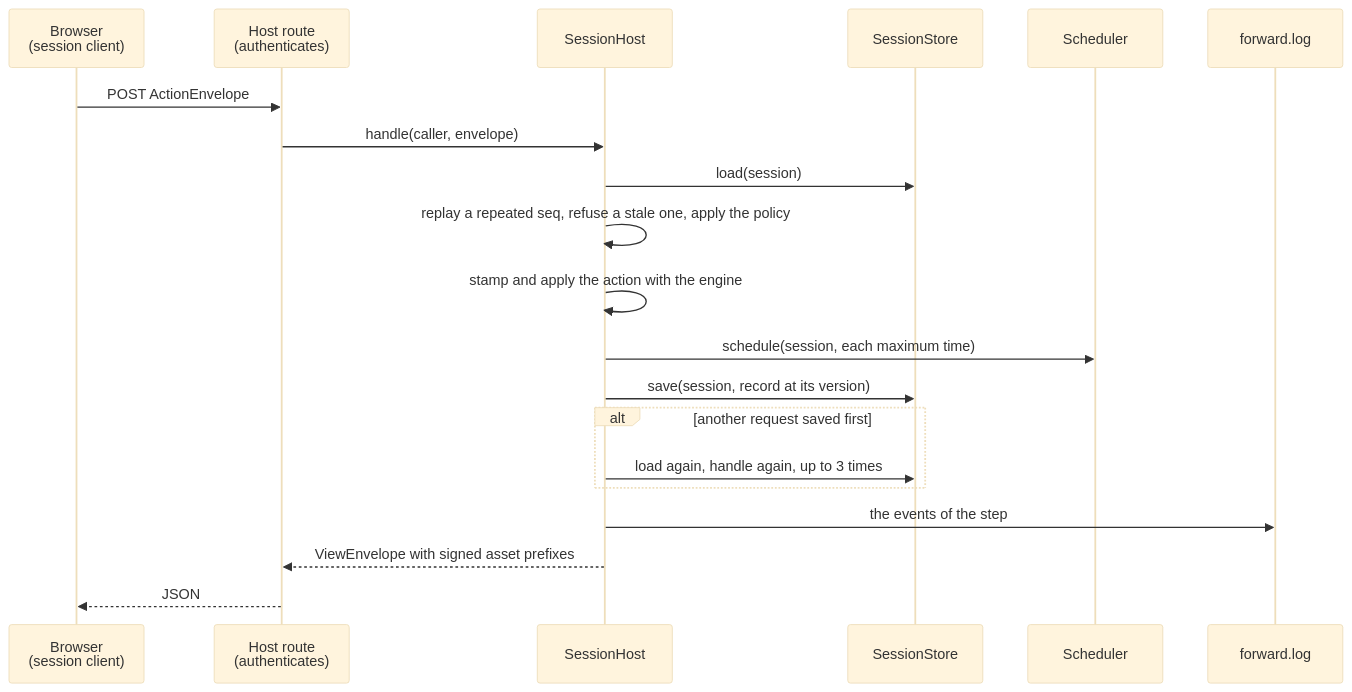
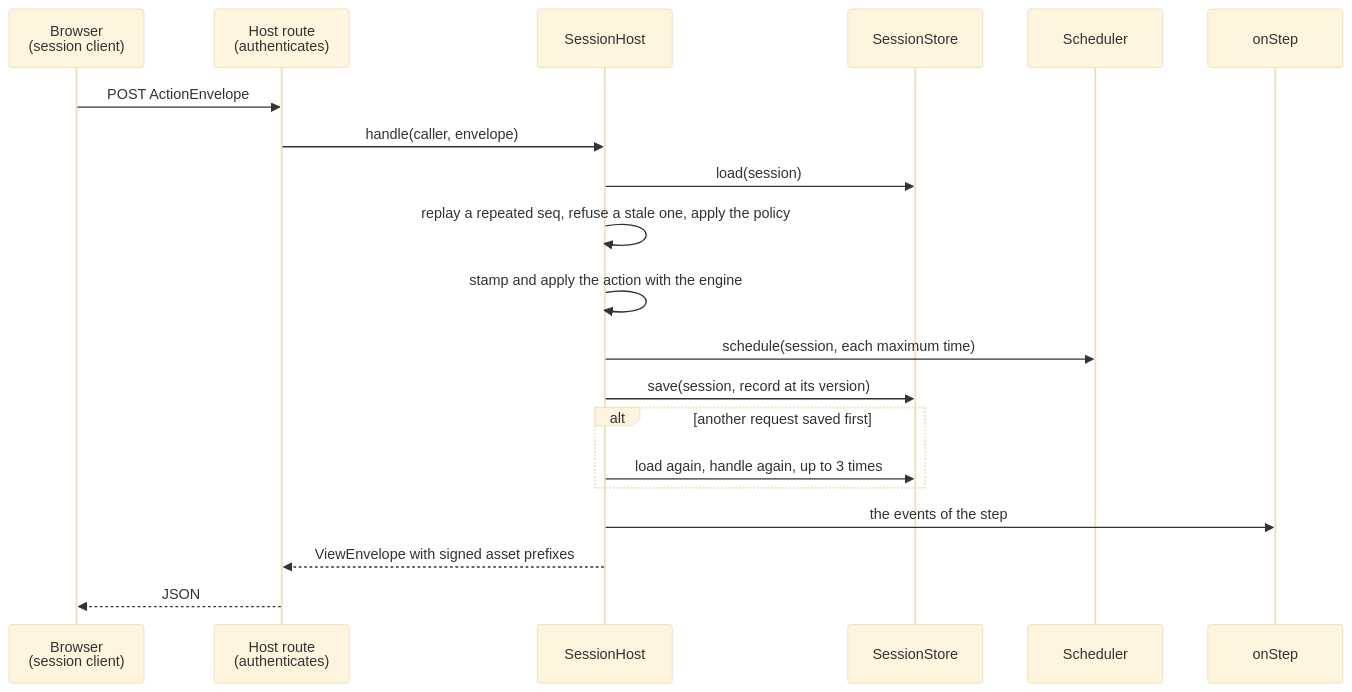
The first of 5 diagrams in docs/player/server.md (assesskit/assesskit), drawn with Mermaid (base theme) before and after one commit. The commit also changed other lines of this file and 19 other files, not shown here.

````diff
--- a/docs/player/server.md
+++ b/docs/player/server.md
@@ -7,22 +7,22 @@
 ```mermaid
 sequenceDiagram
   participant B as Browser<br/>(session client)
   participant R as Host route<br/>(authenticates)
   participant H as SessionHost
   participant S as SessionStore
   participant Q as Scheduler
-  participant F as forward.log
+  participant F as onStep
   B->>R: POST ActionEnvelope
   R->>H: handle(caller, envelope)
   H->>S: load(session)
   H->>H: replay a repeated seq, refuse a stale one, apply the policy
   H->>H: stamp and apply the action with the engine
   H->>Q: schedule(session, each maximum time)
   H->>S: save(session, record at its version)
   alt another request saved first
     H->>S: load again, handle again, up to 3 times
   end
   H->>F: the events of the step
   H-->>R: ViewEnvelope with signed asset prefixes
   R-->>B: JSON
 ```
````
